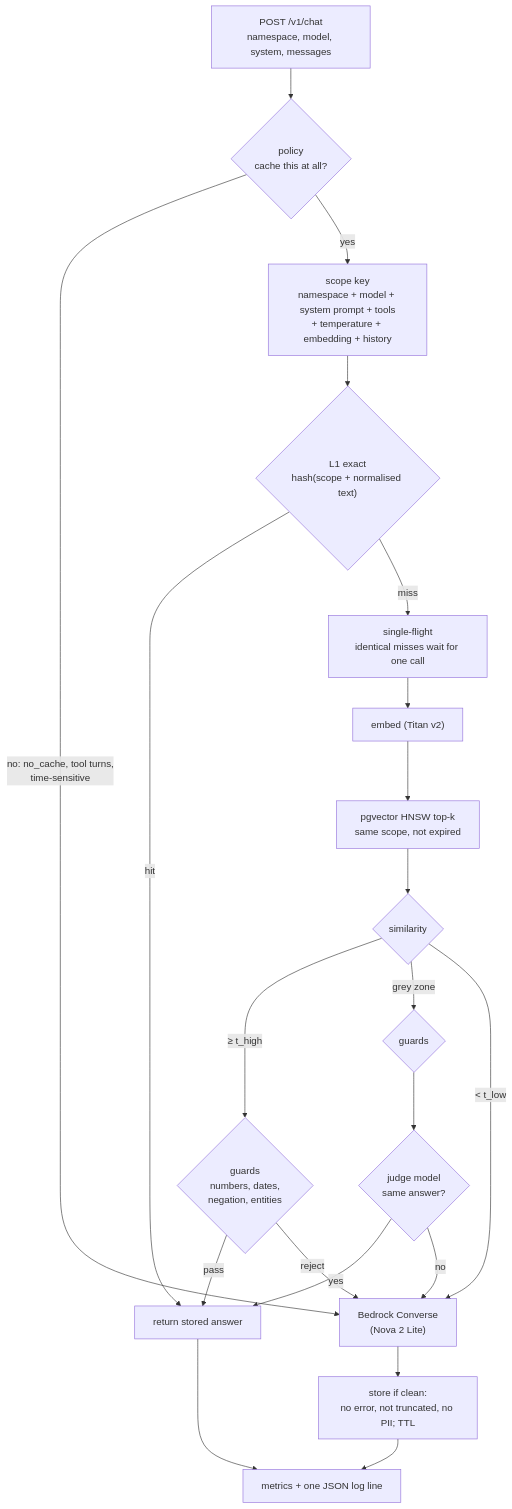
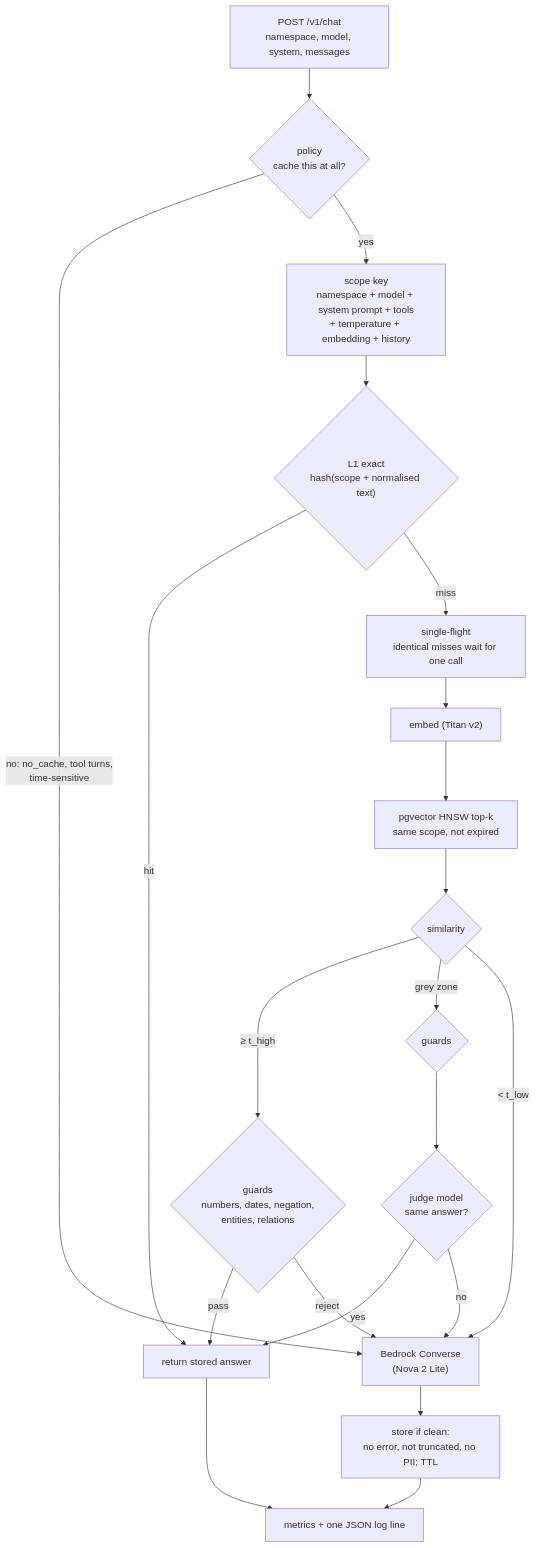
The diagram in README.md (GouthamTiwari/semantic-cache), drawn with Mermaid before and after one commit. The commit also changed other lines of this file and 18 other files, not shown here.

````diff
--- a/README.md
+++ b/README.md
@@ -27,21 +28,21 @@
 ```mermaid
 flowchart TD
     R["POST /v1/chat<br/>namespace, model, system, messages"] --> P{"policy<br/>cache this at all?"}
     P -- "no: no_cache, tool turns,<br/>time-sensitive" --> U["Bedrock Converse<br/>(Nova 2 Lite)"]
     P -- yes --> S["scope key<br/>namespace + model + system prompt + tools<br/>+ temperature + embedding + history"]
     S --> L1{"L1 exact<br/>hash(scope + normalised text)"}
     L1 -- hit --> H["return stored answer"]
     L1 -- miss --> SF["single-flight<br/>identical misses wait for one call"]
     SF --> E["embed (Titan v2)"] --> V["pgvector HNSW top-k<br/>same scope, not expired"]
     V --> T{"similarity"}
-    T -- "&ge; t_high" --> G{"guards<br/>numbers, dates,<br/>negation, entities"}
+    T -- "&ge; t_high" --> G{"guards<br/>numbers, dates, negation,<br/>entities, relations"}
     T -- "grey zone" --> G2{"guards"} --> J{"judge model<br/>same answer?"}
     T -- "&lt; t_low" --> U
     G -- pass --> H
     G -- reject --> U
     J -- yes --> H
     J -- no --> U
     U --> ST["store if clean:<br/>no error, not truncated, no PII; TTL"]
     H --> M["metrics + one JSON log line"]
     ST --> M
 ```
````
